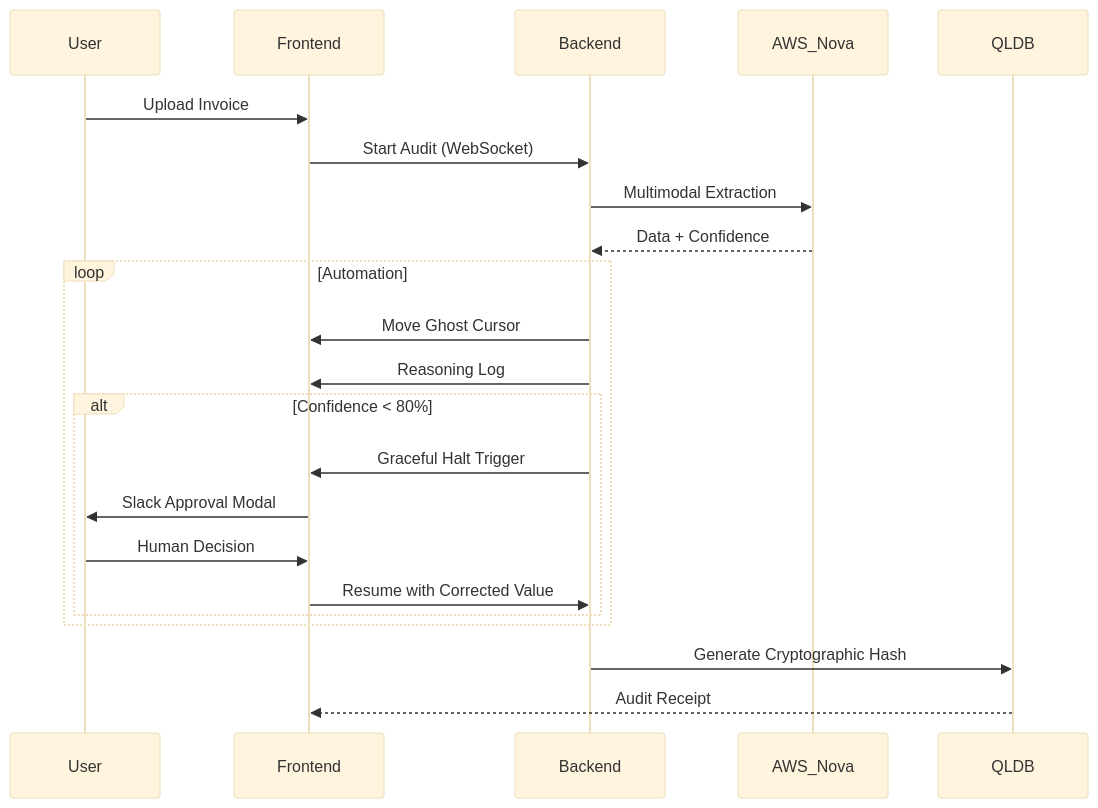
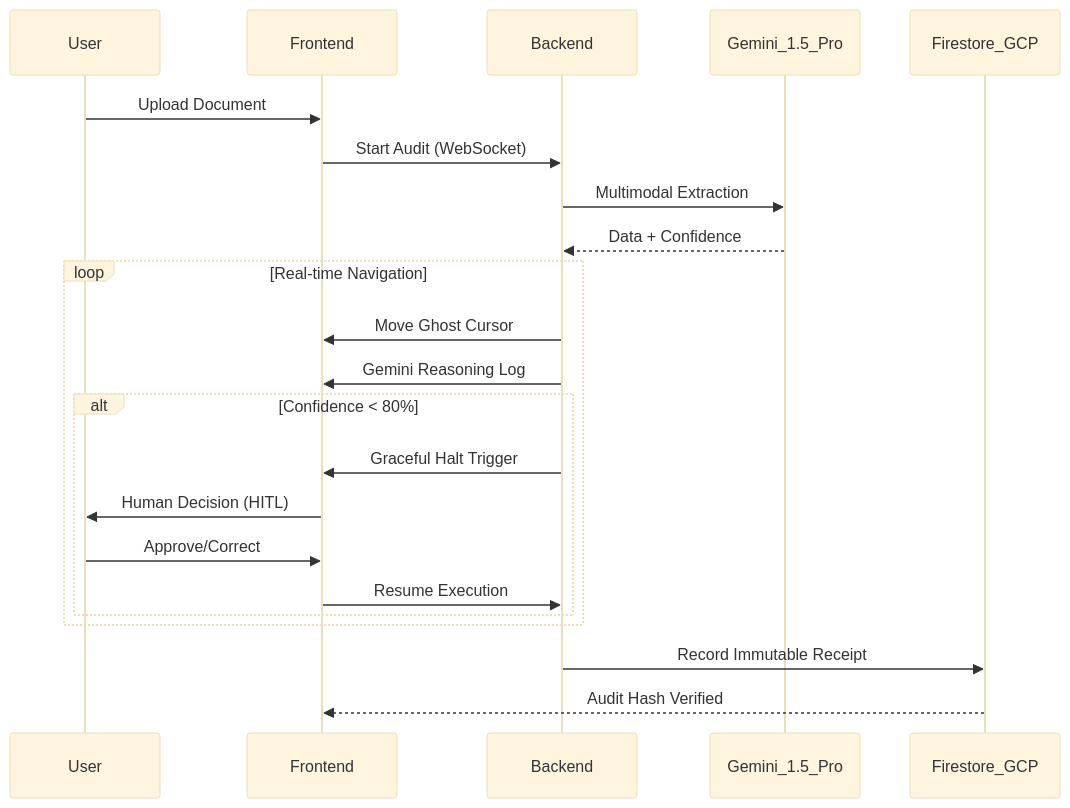
The diagram in README.md (AYUSH62147/ComplyAct), drawn with Mermaid (base theme) before and after one commit. The commit also changed other lines of this file and 11 other files, not shown here.

````diff
--- a/README.md
+++ b/README.md
@@ -45,25 +49,25 @@
 ```mermaid
 sequenceDiagram
     participant User
     participant Frontend
     participant Backend
-    participant AWS_Nova
-    participant QLDB
+    participant Gemini_1.5_Pro
+    participant Firestore_GCP
 
-    User->>Frontend: Upload Invoice
+    User->>Frontend: Upload Document
     Frontend->>Backend: Start Audit (WebSocket)
-    Backend->>AWS_Nova: Multimodal Extraction
-    AWS_Nova-->>Backend: Data + Confidence
-    loop Automation
+    Backend->>Gemini_1.5_Pro: Multimodal Extraction
+    Gemini_1.5_Pro-->>Backend: Data + Confidence
+    loop Real-time Navigation
         Backend->>Frontend: Move Ghost Cursor
-        Backend->>Frontend: Reasoning Log
+        Backend->>Frontend: Gemini Reasoning Log
         alt Confidence < 80%
             Backend->>Frontend: Graceful Halt Trigger
-            Frontend->>User: Slack Approval Modal
-            User->>Frontend: Human Decision
-            Frontend->>Backend: Resume with Corrected Value
+            Frontend->>User: Human Decision (HITL)
+            User->>Frontend: Approve/Correct
+            Frontend->>Backend: Resume Execution
         end
     end
-    Backend->>QLDB: Generate Cryptographic Hash
-    QLDB-->>Frontend: Audit Receipt
+    Backend->>Firestore_GCP: Record Immutable Receipt
+    Firestore_GCP-->>Frontend: Audit Hash Verified
 ```
````
